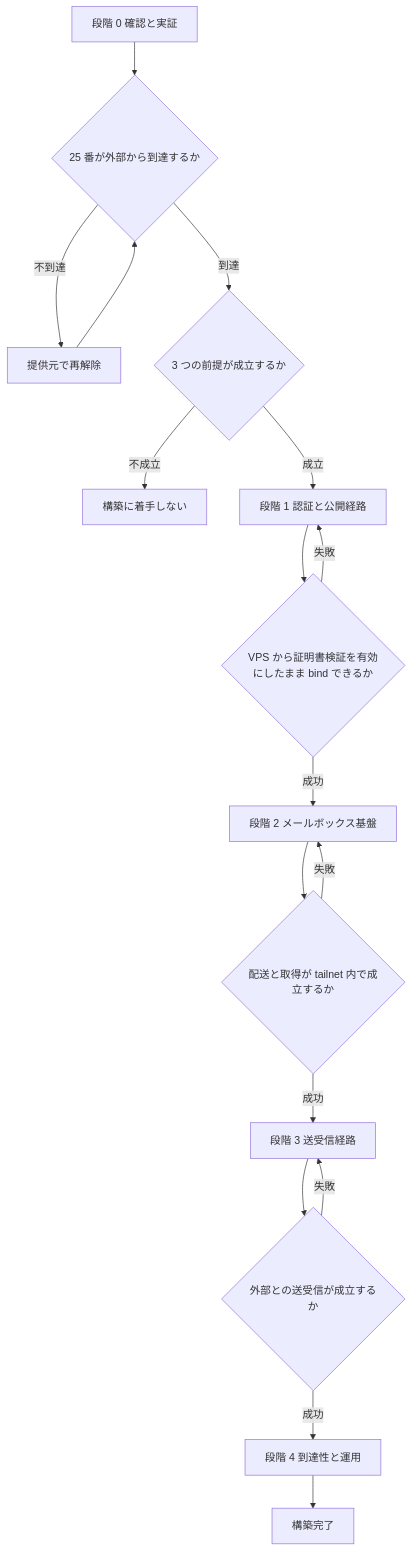
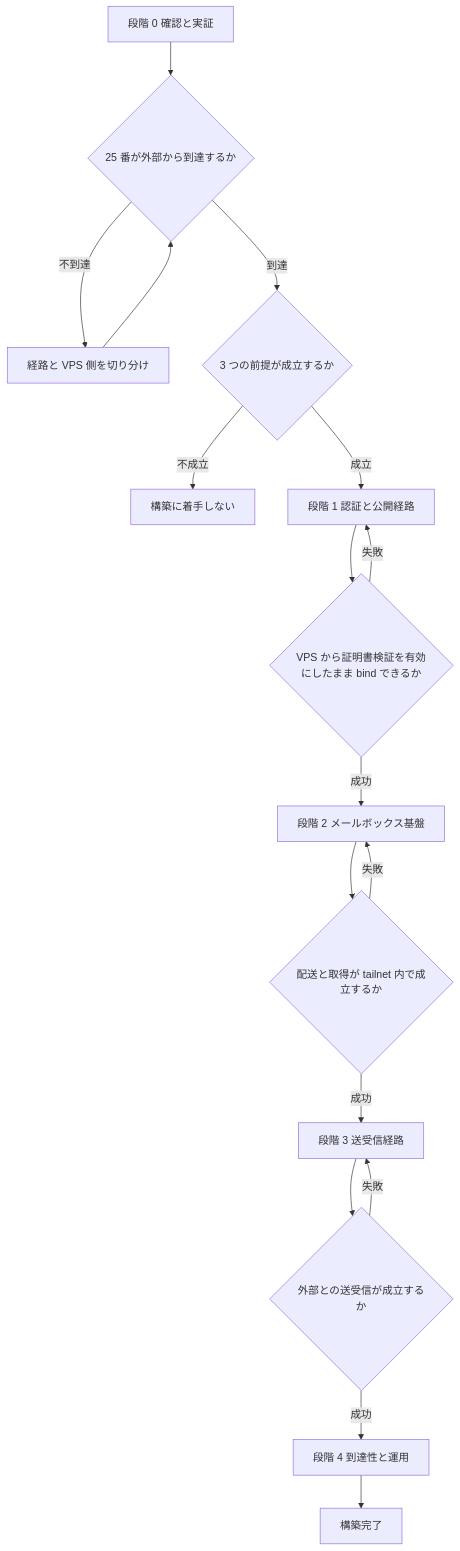
The fifth of 5 diagrams in .kiro/specs/mail-platform/design.md (tom1022/my-home-network), drawn with Mermaid before and after one commit. The commit also changed other lines of this file and 2 other files, not shown here.

Commit message:
docs(mail-platform): VPS 内向き 25 番の到達を提供元操作に依存しない前提として記述する

````diff
--- a/.kiro/specs/mail-platform/design.md
+++ b/.kiro/specs/mail-platform/design.md
@@ -805,19 +805,19 @@
 ```mermaid
 flowchart TB
     S0[段階 0 確認と実証] --> V25{25 番が外部から到達するか}
-    V25 -->|不到達| Unblock[提供元で再解除]
-    Unblock --> V25
+    V25 -->|不到達| Diag[経路と VPS 側を切り分け]
+    Diag --> V25
     V25 -->|到達| V0{3 つの前提が成立するか}
     V0 -->|不成立| Stop[構築に着手しない]
     V0 -->|成立| S1[段階 1 認証と公開経路]
     S1 --> V1{VPS から証明書検証を有効にしたまま bind できるか}
     V1 -->|成功| S2[段階 2 メールボックス基盤]
     V1 -->|失敗| S1
     S2 --> V2{配送と取得が tailnet 内で成立するか}
     V2 -->|成功| S3[段階 3 送受信経路]
     V2 -->|失敗| S2
     S3 --> V3{外部との送受信が成立するか}
     V3 -->|成功| S4[段階 4 到達性と運用]
     V3 -->|失敗| S3
     S4 --> Done[構築完了]
 ```
````
